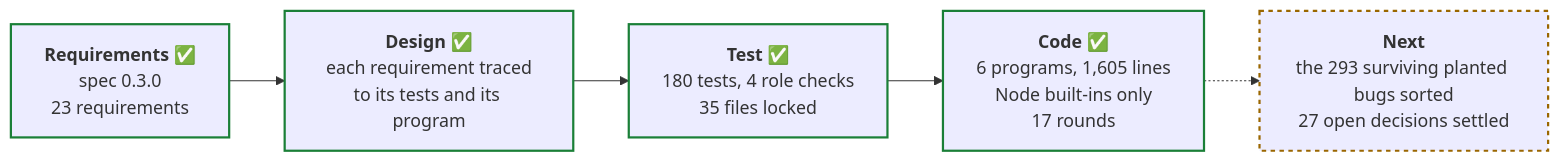
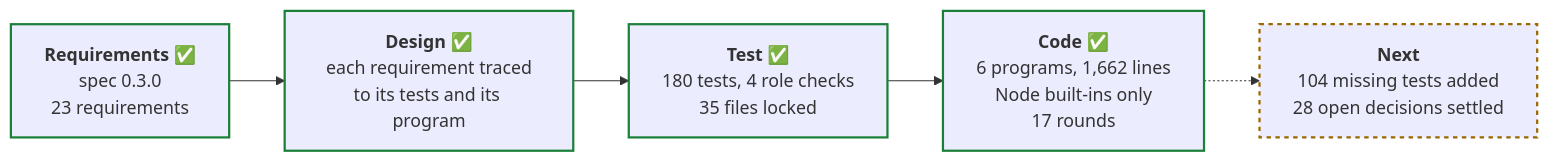
The third of 4 diagrams in README.md (PaulDuvall/adlc-security-reviewer), drawn with Mermaid before and after one commit. The commit also changed other lines of this file and 3 other files, not shown here.

````diff
--- a/README.md
+++ b/README.md
@@ -273,13 +273,13 @@
 ```mermaid
 flowchart LR
   req["<b>Requirements</b> ✅<br/>spec 0.3.0<br/>23 requirements"]
   des["<b>Design</b> ✅<br/>each requirement traced<br/>to its tests and its program"]
   tst["<b>Test</b> ✅<br/>180 tests, 4 role checks<br/>35 files locked"]
-  cod["<b>Code</b> ✅<br/>6 programs, 1,605 lines<br/>Node built-ins only<br/>17 rounds"]
-  nxt["<b>Next</b><br/>the 293 surviving planted bugs sorted<br/>27 open decisions settled"]
+  cod["<b>Code</b> ✅<br/>6 programs, 1,662 lines<br/>Node built-ins only<br/>17 rounds"]
+  nxt["<b>Next</b><br/>104 missing tests added<br/>28 open decisions settled"]
   req --> des --> tst --> cod -.-> nxt
   classDef done stroke:#1a7f37,stroke-width:2px
   classDef next stroke:#9a6700,stroke-width:2px,stroke-dasharray:4
   class req,des,tst,cod done
   class nxt next
 ```
````
